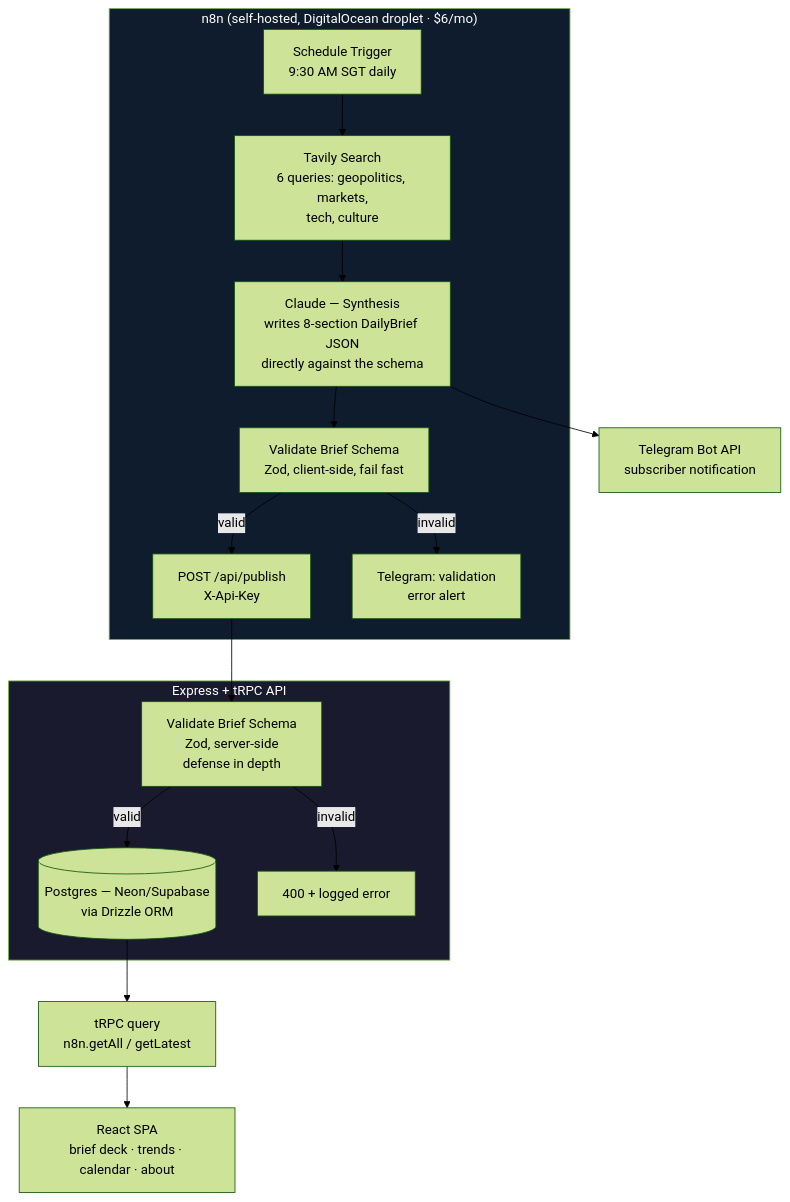
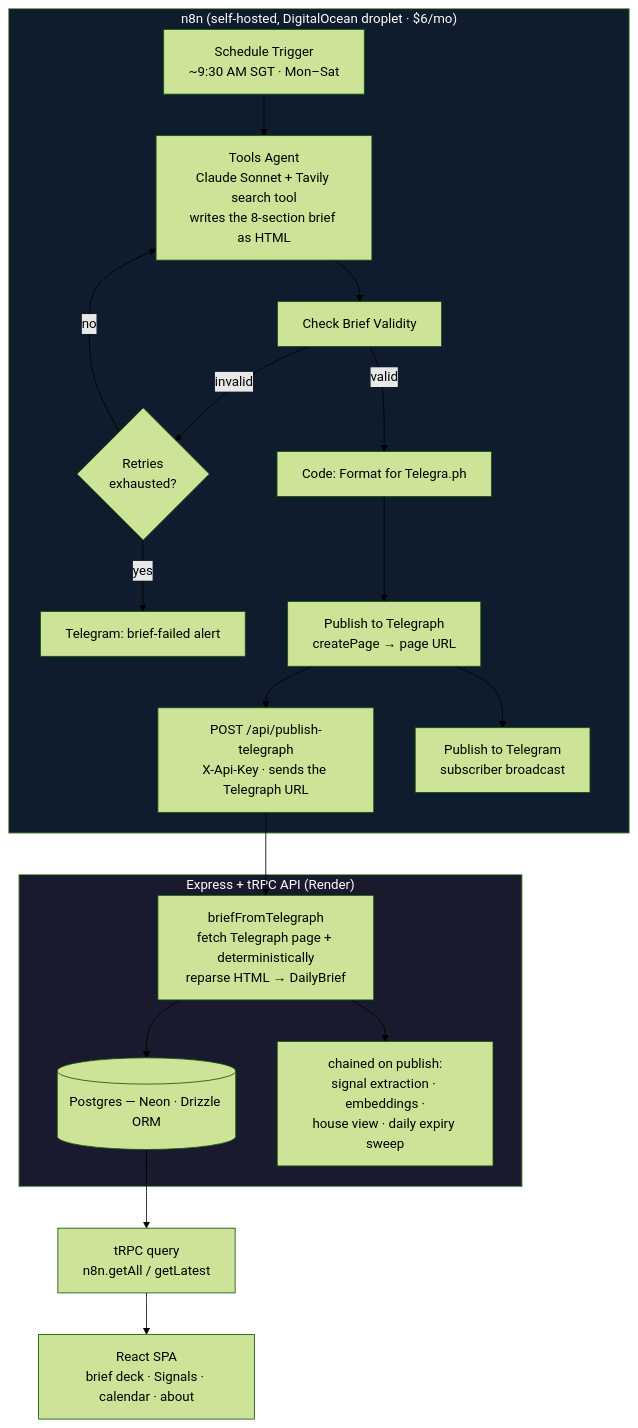
The diagram in ARCHITECTURE.md (Wongjon1994/The-Daily-Ripple), drawn with Mermaid (forest theme) before and after one commit. The commit also changed other lines of this file and 3 other files, not shown here.

First line of the commit message:
docs: correct ARCHITECTURE to the live Telegraph pipeline; extend docs-sync rule

````diff
--- a/ARCHITECTURE.md
+++ b/ARCHITECTURE.md
@@ -7,23 +7,25 @@
 ```mermaid
 flowchart TD
     subgraph n8n["n8n (self-hosted, DigitalOcean droplet · $6/mo)"]
-        A[Schedule Trigger<br/>9:30 AM SGT daily] --> B[Tavily Search<br/>6 queries: geopolitics, markets,<br/>tech, culture]
-        B --> C[Claude — Synthesis<br/>writes 8-section DailyBrief JSON<br/>directly against the schema]
-        C --> D[Validate Brief Schema<br/>Zod, client-side, fail fast]
-        D -->|valid| E[POST /api/publish<br/>X-Api-Key]
-        D -->|invalid| X[Telegram: validation<br/>error alert]
+        A[Schedule Trigger<br/>~9:30 AM SGT · Mon–Sat] --> B[Tools Agent<br/>Claude Sonnet + Tavily search tool<br/>writes the 8-section brief as HTML]
+        B --> V[Check Brief Validity]
+        V -->|invalid| RE{Retries<br/>exhausted?}
+        RE -->|no| B
+        RE -->|yes| X[Telegram: brief-failed alert]
+        V -->|valid| C[Code: Format for Telegra.ph]
+        C --> D[Publish to Telegraph<br/>createPage → page URL]
+        D --> E[POST /api/publish-telegraph<br/>X-Api-Key · sends the Telegraph URL]
+        D --> J[Publish to Telegram<br/>subscriber broadcast]
     end
 
-    subgraph api["Express + tRPC API"]
-        E --> F[Validate Brief Schema<br/>Zod, server-side<br/>defense in depth]
-        F -->|valid| G[(Postgres — Neon/Supabase<br/>via Drizzle ORM)]
-        F -->|invalid| Y[400 + logged error]
+    subgraph api["Express + tRPC API (Render)"]
+        E --> F[briefFromTelegraph<br/>fetch Telegraph page + deterministically<br/>reparse HTML → DailyBrief]
+        F --> G[(Postgres — Neon · Drizzle ORM)]
+        F --> S[chained on publish:<br/>signal extraction · embeddings ·<br/>house view · daily expiry sweep]
     end
 
-    G --> H[tRPC query<br/>n8n.getAll / getLatest]
-    H --> I[React SPA<br/>brief deck · trends · calendar · about]
-    C --> J[Telegram Bot API<br/>subscriber notification]
+    G --> H[tRPC query<br/>n8n.getAll / getLatest] --> I[React SPA<br/>brief deck · Signals · calendar · about]
 
     style n8n fill:#0f1c2e,color:#fff
     style api fill:#1a1a2e,color:#fff
 ```
````
